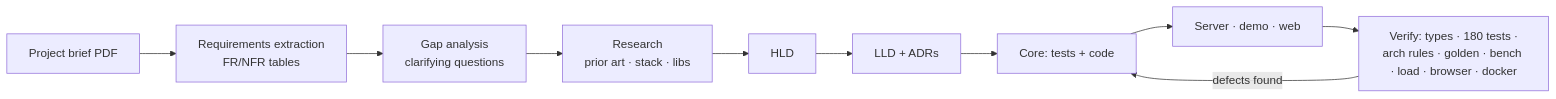
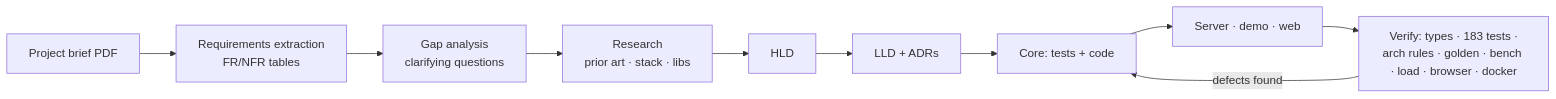
The diagram in docs/ai-process/process.md (SarthakB11/gamenotify), drawn with Mermaid before and after one commit. The commit also changed 3 other files, not shown here.

````diff
--- a/docs/ai-process/process.md
+++ b/docs/ai-process/process.md
@@ -7,12 +7,12 @@
 ```mermaid
 flowchart LR
   A[Project brief PDF] --> B[Requirements extraction<br/>FR/NFR tables]
   B --> C[Gap analysis<br/>clarifying questions]
   C --> D[Research<br/>prior art · stack · libs]
   D --> E[HLD]
   E --> F[LLD + ADRs]
   F --> G[Core: tests + code]
   G --> H[Server · demo · web]
-  H --> I[Verify: types · 180 tests ·<br/>arch rules · golden · bench · load · browser · docker]
+  H --> I[Verify: types · 183 tests ·<br/>arch rules · golden · bench · load · browser · docker]
   I -->|defects found| G
 ```
````
